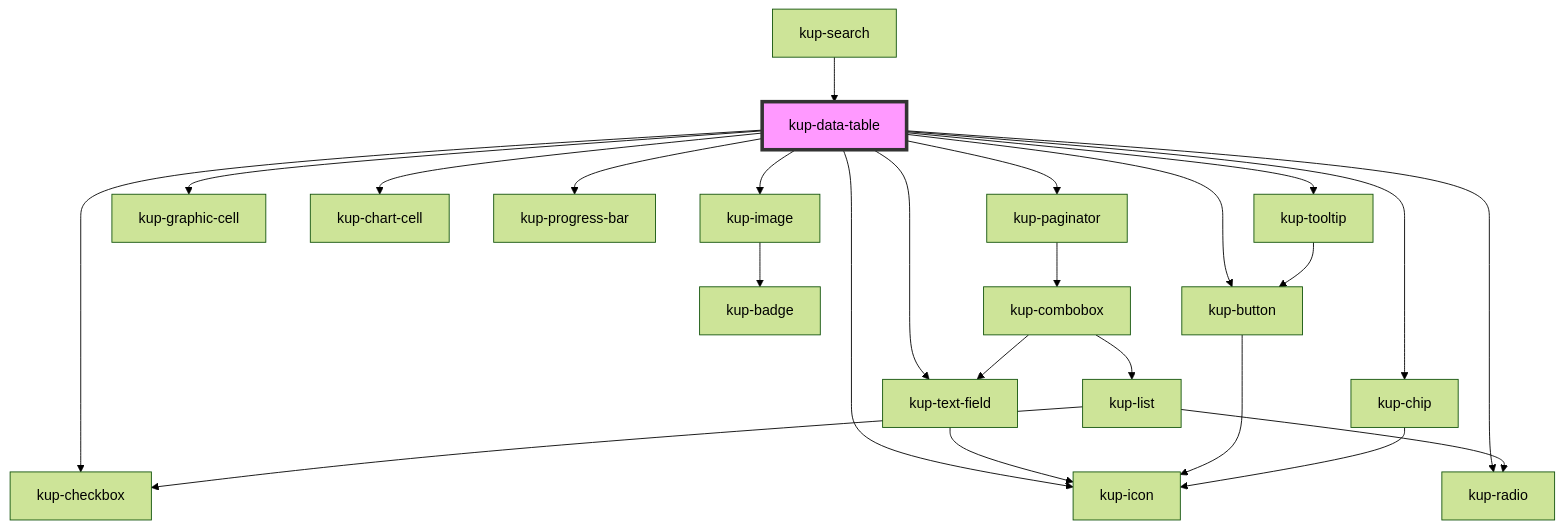
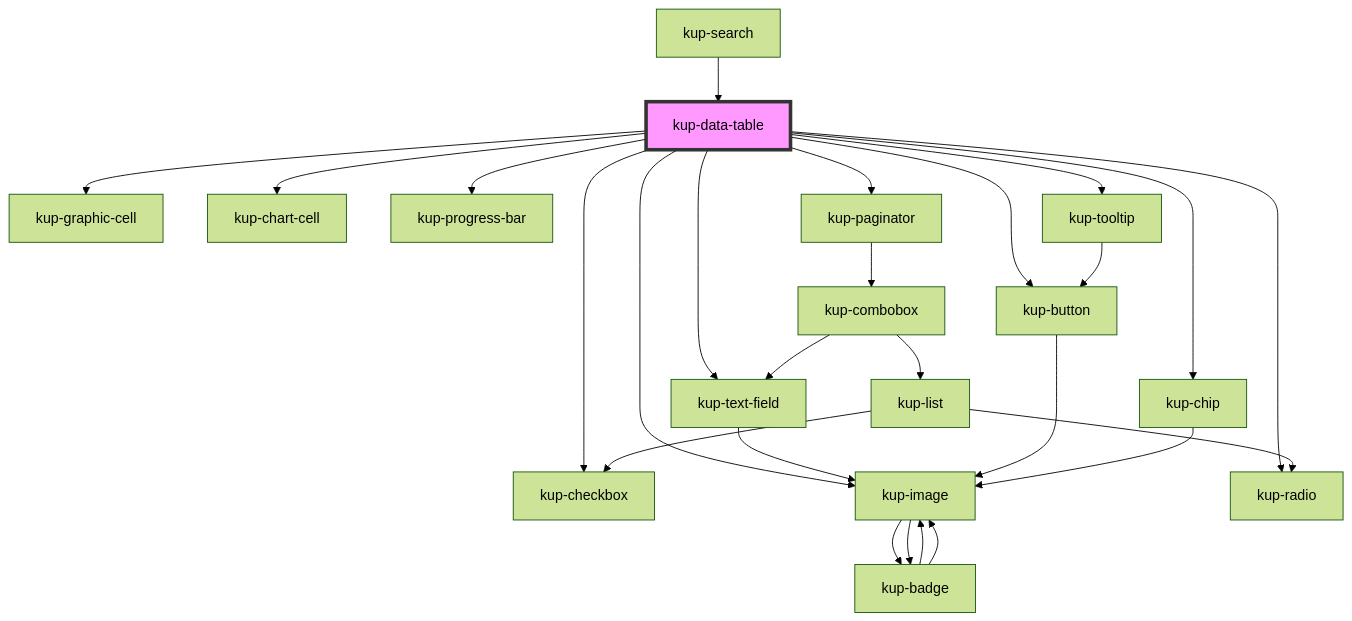
One commit to smeup/ketchup changed the diagram in packages/ketchup/src/components/kup-data-table/readme.md. Above: the diagram before and after it, drawn with Mermaid (forest theme). The commit also changed other lines of this file and 58 other files, not shown here.

Commit message:
Renamed kup-icon to kup-image.

````diff
--- a/packages/ketchup/src/components/kup-data-table/readme.md
+++ b/packages/ketchup/src/components/kup-data-table/readme.md
@@ -158,27 +157,29 @@
 ```mermaid
 graph TD;
   kup-data-table --> kup-checkbox
   kup-data-table --> kup-text-field
-  kup-data-table --> kup-icon
   kup-data-table --> kup-image
   kup-data-table --> kup-button
   kup-data-table --> kup-graphic-cell
   kup-data-table --> kup-chart-cell
   kup-data-table --> kup-progress-bar
   kup-data-table --> kup-radio
   kup-data-table --> kup-tooltip
   kup-data-table --> kup-paginator
   kup-data-table --> kup-chip
-  kup-text-field --> kup-icon
+  kup-text-field --> kup-image
   kup-image --> kup-badge
-  kup-button --> kup-icon
+  kup-image --> kup-badge
+  kup-badge --> kup-image
+  kup-badge --> kup-image
+  kup-button --> kup-image
   kup-tooltip --> kup-button
   kup-paginator --> kup-combobox
   kup-combobox --> kup-text-field
   kup-combobox --> kup-list
   kup-list --> kup-radio
   kup-list --> kup-checkbox
-  kup-chip --> kup-icon
+  kup-chip --> kup-image
   kup-search --> kup-data-table
   style kup-data-table fill:#f9f,stroke:#333,stroke-width:4px
 ```
````
